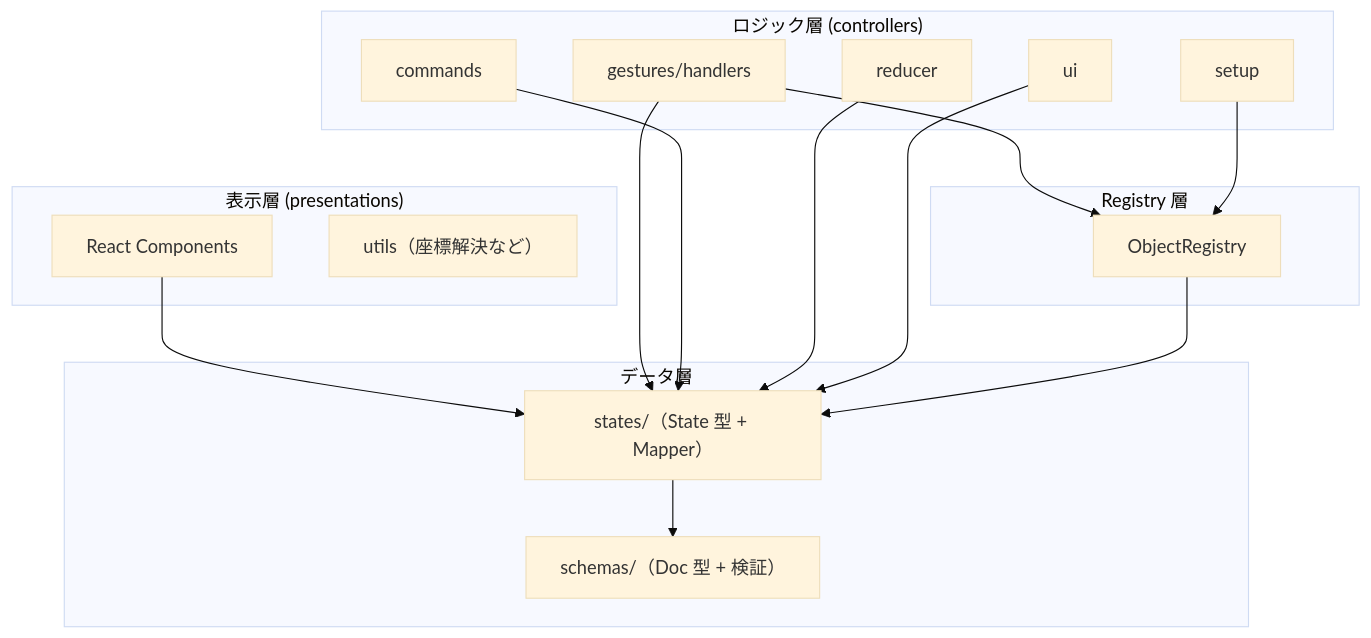
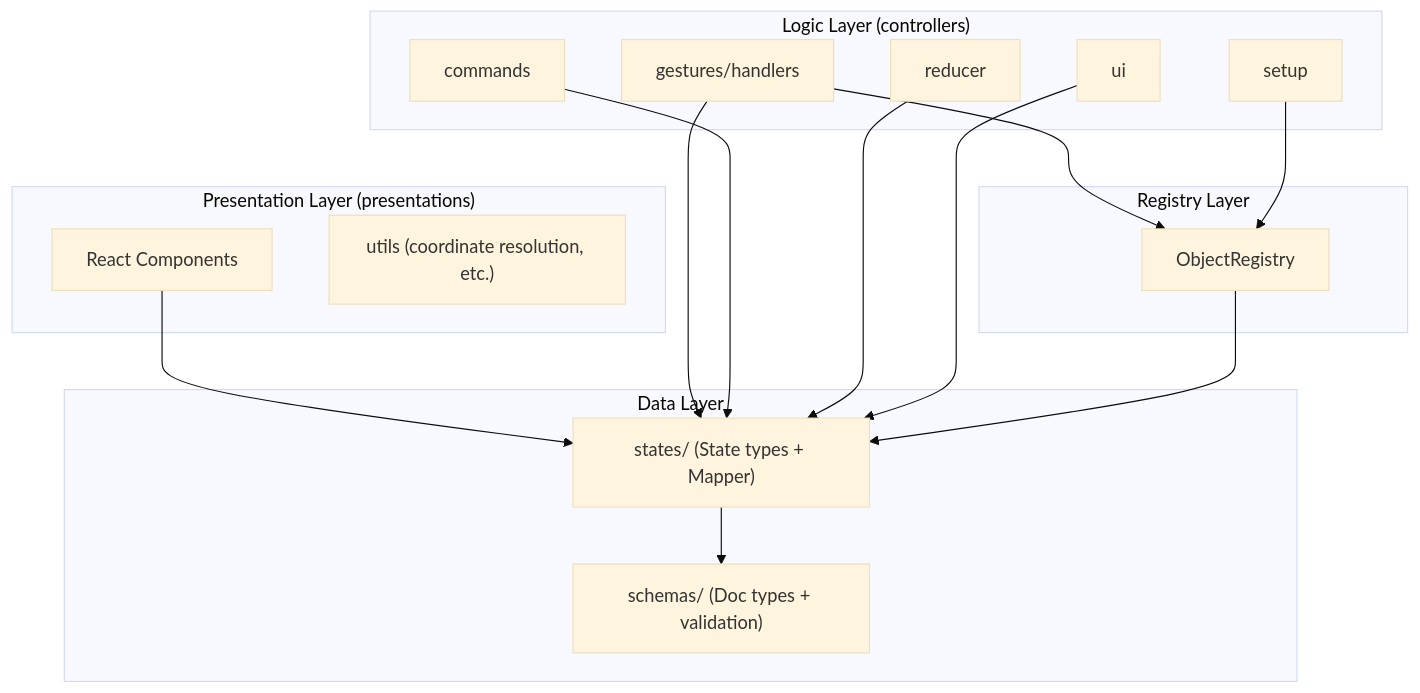
One commit to gznnk/jiscribe changed the diagram in packages/canvas/docs/02-architecture.md. Above: the diagram before and after it, drawn with Mermaid (base theme). The commit also changed other lines of this file and 19 other files, not shown here.

````diff
--- a/packages/canvas/docs/02-architecture.md
+++ b/packages/canvas/docs/02-architecture.md
@@ -84,31 +86,31 @@
 ```mermaid
 graph TD
-    subgraph Presentations["表示層 (presentations)"]
+    subgraph Presentations["Presentation Layer (presentations)"]
         PresentationComponents["React Components"]
-        PresentationUtils["utils（座標解決など）"]
+        PresentationUtils["utils (coordinate resolution, etc.)"]
     end
-    subgraph Controllers["ロジック層 (controllers)"]
+    subgraph Controllers["Logic Layer (controllers)"]
         Gestures["gestures/handlers"]
         Commands["commands"]
         Reducer["reducer"]
         UI["ui"]
         Setup["setup"]
     end
-    subgraph Registry["Registry 層"]
+    subgraph Registry["Registry Layer"]
         ObjectRegistry["ObjectRegistry"]
     end
-    subgraph States["データ層"]
-        StatesTypes["states/（State 型 + Mapper）"]
-        SchemasTypes["schemas/（Doc 型 + 検証）"]
+    subgraph States["Data Layer"]
+        StatesTypes["states/ (State types + Mapper)"]
+        SchemasTypes["schemas/ (Doc types + validation)"]
     end
 
     PresentationComponents --> StatesTypes
     Gestures --> StatesTypes
     Gestures --> ObjectRegistry
     Commands --> StatesTypes
     Reducer --> StatesTypes
     UI --> StatesTypes
     Setup --> ObjectRegistry
     ObjectRegistry --> StatesTypes
     StatesTypes --> SchemasTypes
 ```
````
